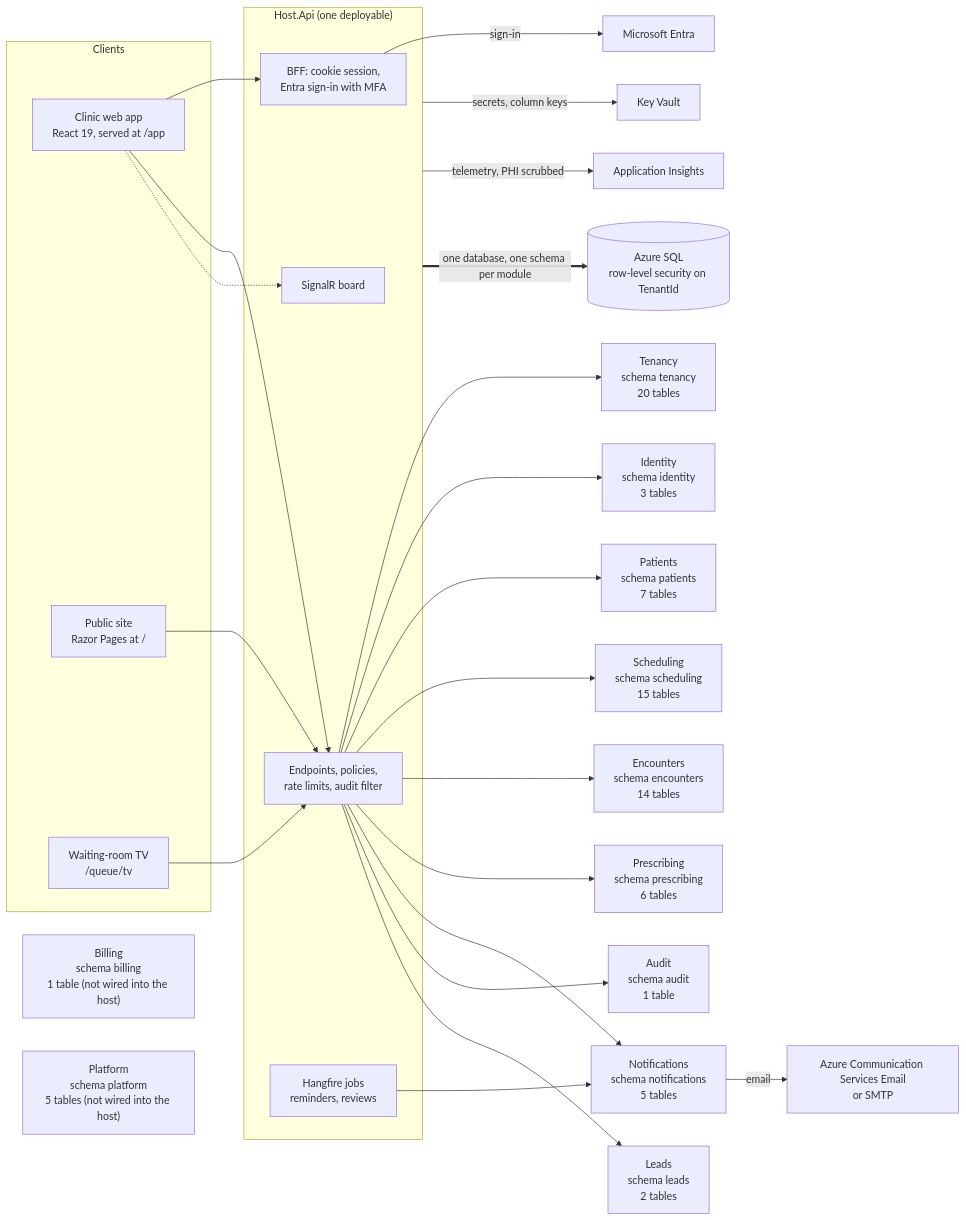
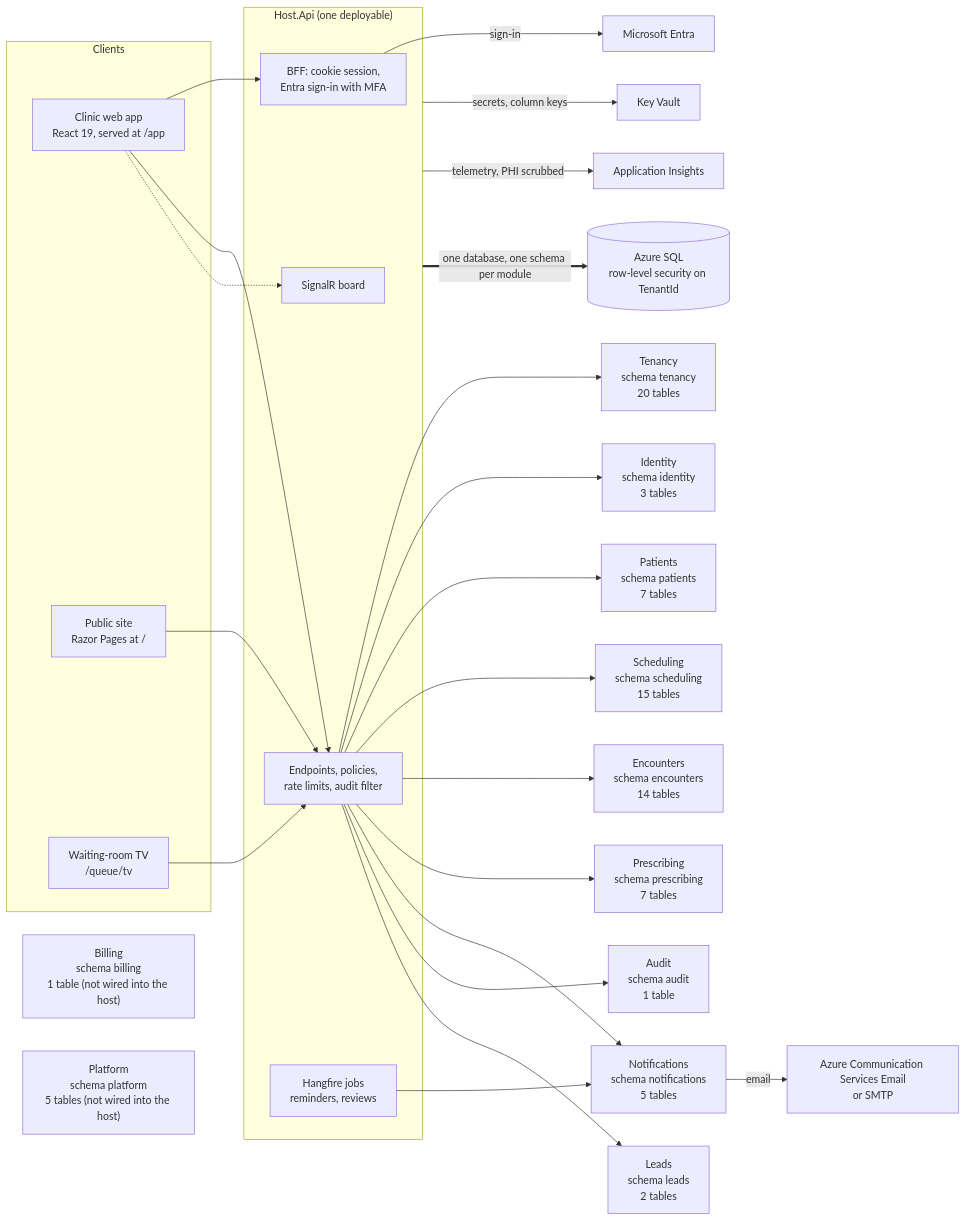
Before and after one commit to ALFRED-LUCIFER/medvya: the first of 14 diagrams in docs/03-architecture/erd.md, drawn with Mermaid. The commit also changed other lines of this file and 31 other files, not shown here.

````diff
--- a/docs/03-architecture/erd.md
+++ b/docs/03-architecture/erd.md
@@ -15,36 +15,36 @@
 ```mermaid
 flowchart LR
   subgraph Clients
     web["Clinic web app<br/>React 19, served at /app"]
     site["Public site<br/>Razor Pages at /"]
     tv["Waiting-room TV<br/>/queue/tv"]
   end
   subgraph Host["Host.Api (one deployable)"]
     bff["BFF: cookie session,<br/>Entra sign-in with MFA"]
     api["Endpoints, policies,<br/>rate limits, audit filter"]
     hub["SignalR board"]
     jobs["Hangfire jobs<br/>reminders, reviews"]
   end
   web --> bff
   web --> api
   web -.-> hub
   tv --> api
   site --> api
   api --> Tenancy["Tenancy<br/>schema tenancy<br/>20 tables"]
   api --> Identity["Identity<br/>schema identity<br/>3 tables"]
   api --> Patients["Patients<br/>schema patients<br/>7 tables"]
   api --> Scheduling["Scheduling<br/>schema scheduling<br/>15 tables"]
   api --> Encounters["Encounters<br/>schema encounters<br/>14 tables"]
-  api --> Prescribing["Prescribing<br/>schema prescribing<br/>6 tables"]
+  api --> Prescribing["Prescribing<br/>schema prescribing<br/>7 tables"]
   api --> Notifications["Notifications<br/>schema notifications<br/>5 tables"]
   api --> Audit["Audit<br/>schema audit<br/>1 table"]
   api --> Leads["Leads<br/>schema leads<br/>2 tables"]
   Billing["Billing<br/>schema billing<br/>1 table (not wired into the host)"]
   Platform["Platform<br/>schema platform<br/>5 tables (not wired into the host)"]
   jobs --> Notifications
   bff -->|"sign-in"| entra["Microsoft Entra"]
   Notifications -->|"email"| mail["Azure Communication Services Email<br/>or SMTP"]
   Host -->|"secrets, column keys"| kv["Key Vault"]
   Host -->|"telemetry, PHI scrubbed"| ai["Application Insights"]
   Host ==>|"one database, one schema per module"| sql[("Azure SQL<br/>row-level security on TenantId")]
 ```
````
